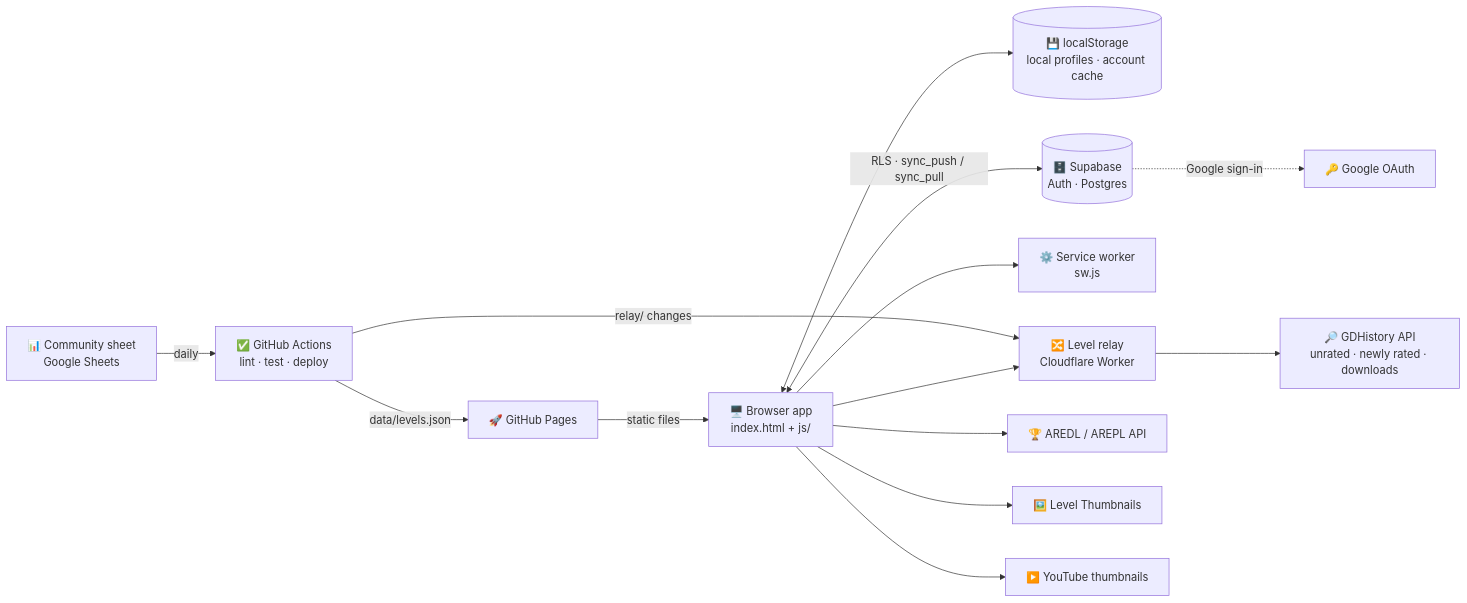
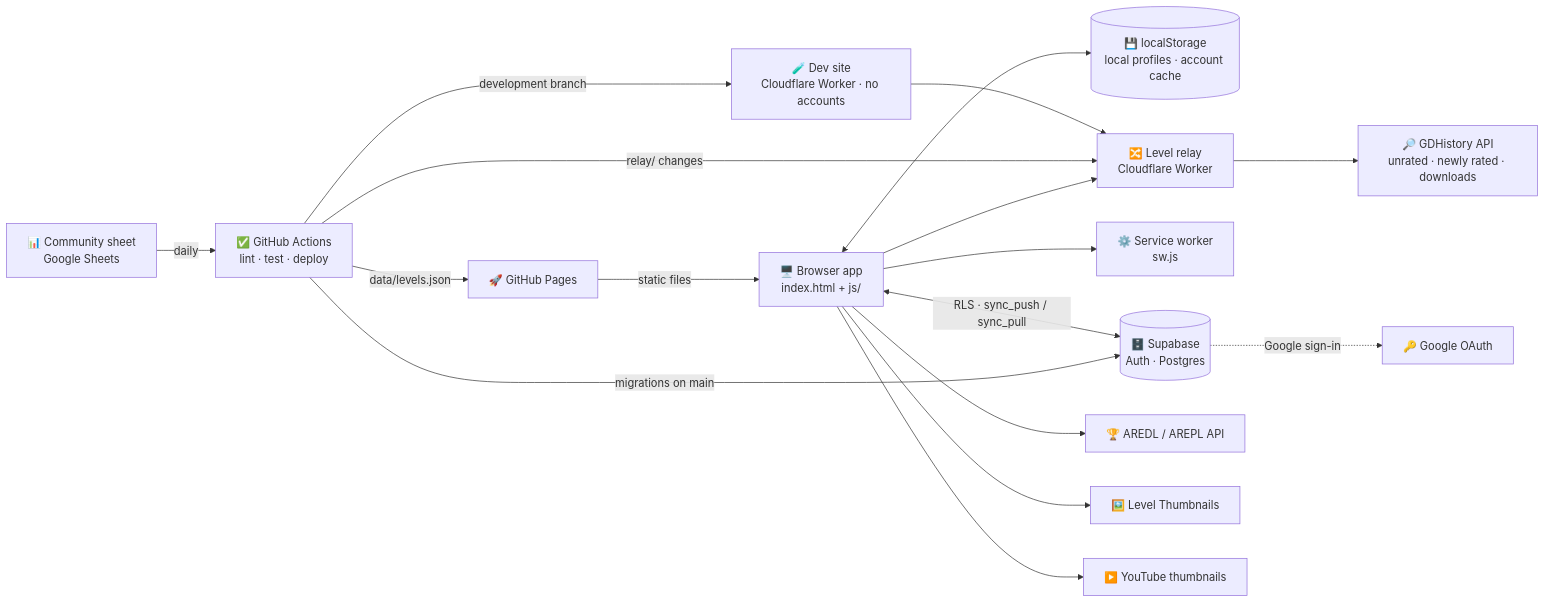
One commit to Wal-014/Personal-Progress-List changed the diagram in README.md. Above: the diagram before and after it, drawn with Mermaid. The commit also changed other lines of this file and 2 other files, not shown here.

Commit message:
Document the development environment

````diff
--- a/README.md
+++ b/README.md
@@ -43,16 +43,19 @@
 ```mermaid
 flowchart LR
     GS["📊 Community sheet<br/>Google Sheets"] -->|daily| CI
     CI["✅ GitHub Actions<br/>lint · test · deploy"] -->|data/levels.json| GH
     GH["🚀 GitHub Pages"] -->|static files| B["🖥️ Browser app<br/>index.html + js/"]
     B <--> LS[("💾 localStorage<br/>local profiles · account cache")]
     B <-->|"RLS · sync_push / sync_pull"| SB[("🗄️ Supabase<br/>Auth · Postgres")]
     SB -.->|Google sign-in| GO["🔑 Google OAuth"]
     B --> SW["⚙️ Service worker<br/>sw.js"]
+    CI -->|development branch| DV["🧪 Dev site<br/>Cloudflare Worker · no accounts"]
+    CI -->|migrations on main| SB
+    DV --> R
     CI -->|relay/ changes| R
     B --> R["🔀 Level relay<br/>Cloudflare Worker"]
     R --> G["🔎 GDHistory API<br/>unrated · newly rated · downloads"]
     B --> A["🏆 AREDL / AREPL API"]
     B --> T["🖼️ Level Thumbnails"]
     B --> Y["▶️ YouTube thumbnails"]
 ```
````
